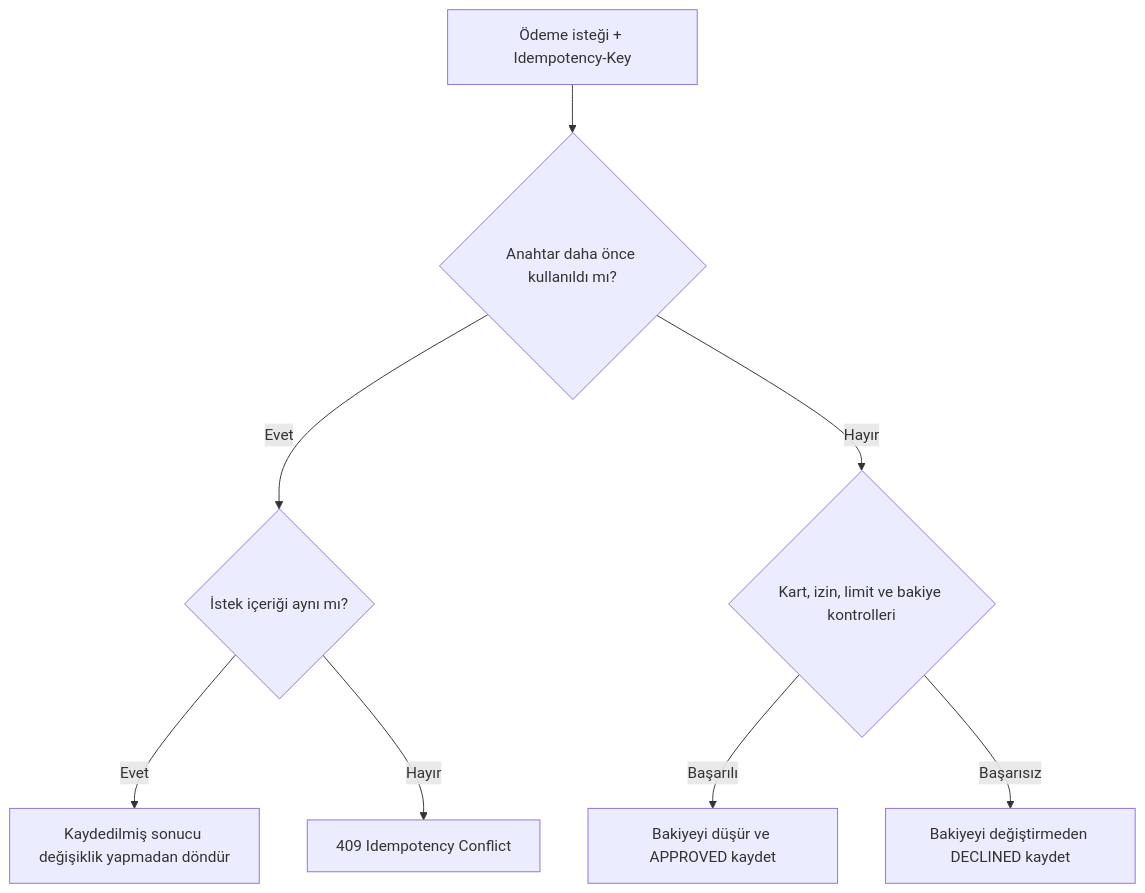
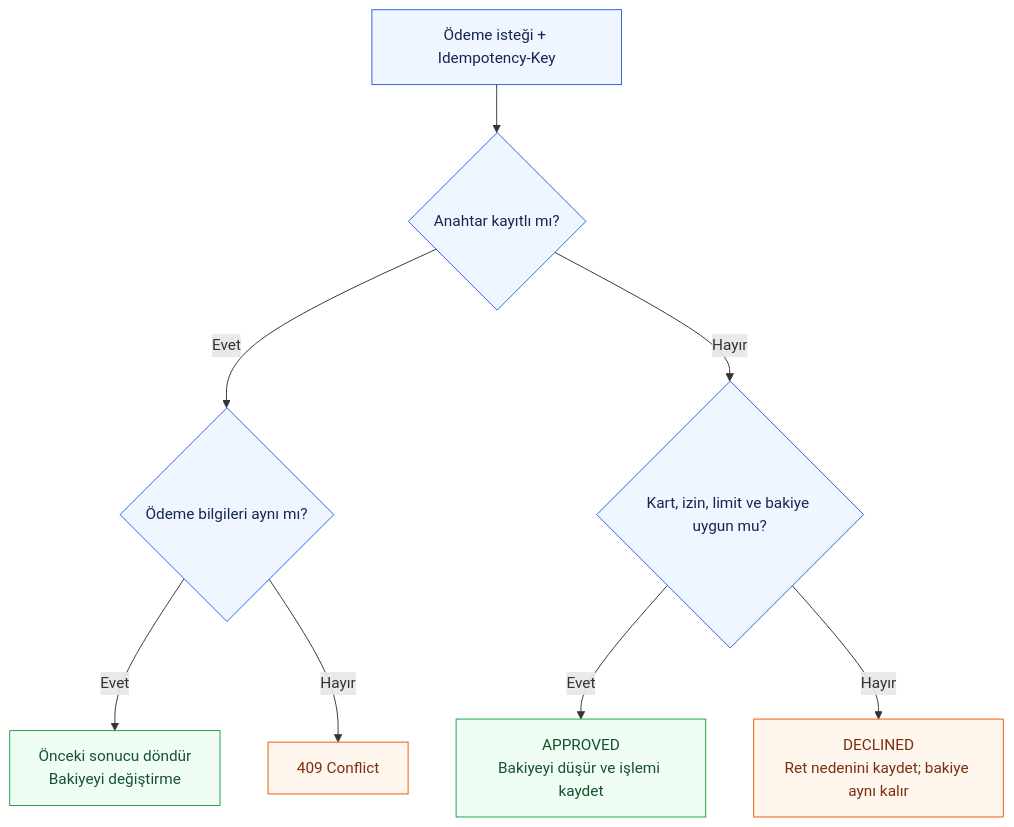
The third of 3 diagrams in README.md (onurerkoc-dev/payguard), drawn with Mermaid before and after one commit. The commit also changed other lines of this file and 9 other files, not shown here.

````diff
--- a/README.md
+++ b/README.md
@@ -139,10 +130,17 @@
 ```mermaid
 flowchart TD
-    Request["Ödeme isteği + Idempotency-Key"] --> Existing{"Anahtar daha önce kullanıldı mı?"}
-    Existing -- Evet --> Same{"İstek içeriği aynı mı?"}
-    Same -- Evet --> Replay["Kaydedilmiş sonucu değişiklik yapmadan döndür"]
-    Same -- Hayır --> Conflict["409 Idempotency Conflict"]
-    Existing -- Hayır --> Rules{"Kart, izin, limit ve bakiye kontrolleri"}
-    Rules -- Başarılı --> Approved["Bakiyeyi düşür ve APPROVED kaydet"]
-    Rules -- Başarısız --> Declined["Bakiyeyi değiştirmeden DECLINED kaydet"]
+    REQUEST["Ödeme isteği + Idempotency-Key"] --> EXISTS{"Anahtar kayıtlı mı?"}
+    EXISTS -->|Evet| MATCH{"Ödeme bilgileri aynı mı?"}
+    MATCH -->|Evet| REPLAY["Önceki sonucu döndür<br/>Bakiyeyi değiştirme"]
+    MATCH -->|Hayır| CONFLICT["409 Conflict"]
+    EXISTS -->|Hayır| RULES{"Kart, izin, limit ve bakiye uygun mu?"}
+    RULES -->|Evet| APPROVED["APPROVED<br/>Bakiyeyi düşür ve işlemi kaydet"]
+    RULES -->|Hayır| DECLINED["DECLINED<br/>Ret nedenini kaydet; bakiye aynı kalır"]
+
+    classDef decision fill:#eff6ff,stroke:#2563eb,color:#172554
+    classDef approved fill:#f0fdf4,stroke:#16a34a,color:#14532d
+    classDef rejected fill:#fff7ed,stroke:#ea580c,color:#7c2d12
+    class REQUEST,EXISTS,MATCH,RULES decision
+    class APPROVED,REPLAY approved
+    class CONFLICT,DECLINED rejected
 ```
````
